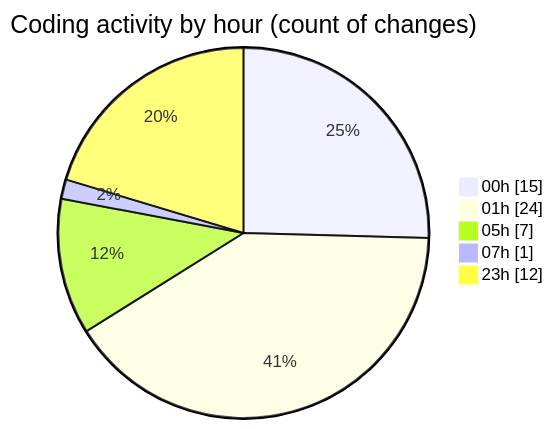
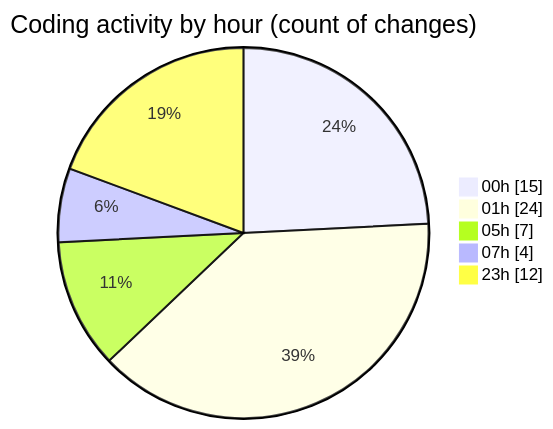
The second of 2 diagrams in 2025-10-31/eventscop-frontend-guide__workspace_/README.md (julien-gomy/code-tracking), drawn with Mermaid before and after one commit. The commit also changed other lines of this file and 1 other file, not shown here.

````diff
--- a/2025-10-31/eventscop-frontend-guide__workspace_/README.md
+++ b/2025-10-31/eventscop-frontend-guide__workspace_/README.md
@@ -42,9 +44,9 @@
 ```mermaid
 pie showData
 title Coding activity by hour (count of changes)
 "00h" : 15
 "01h" : 24
 "05h" : 7
-"07h" : 1
+"07h" : 4
 "23h" : 12
 ```
````
